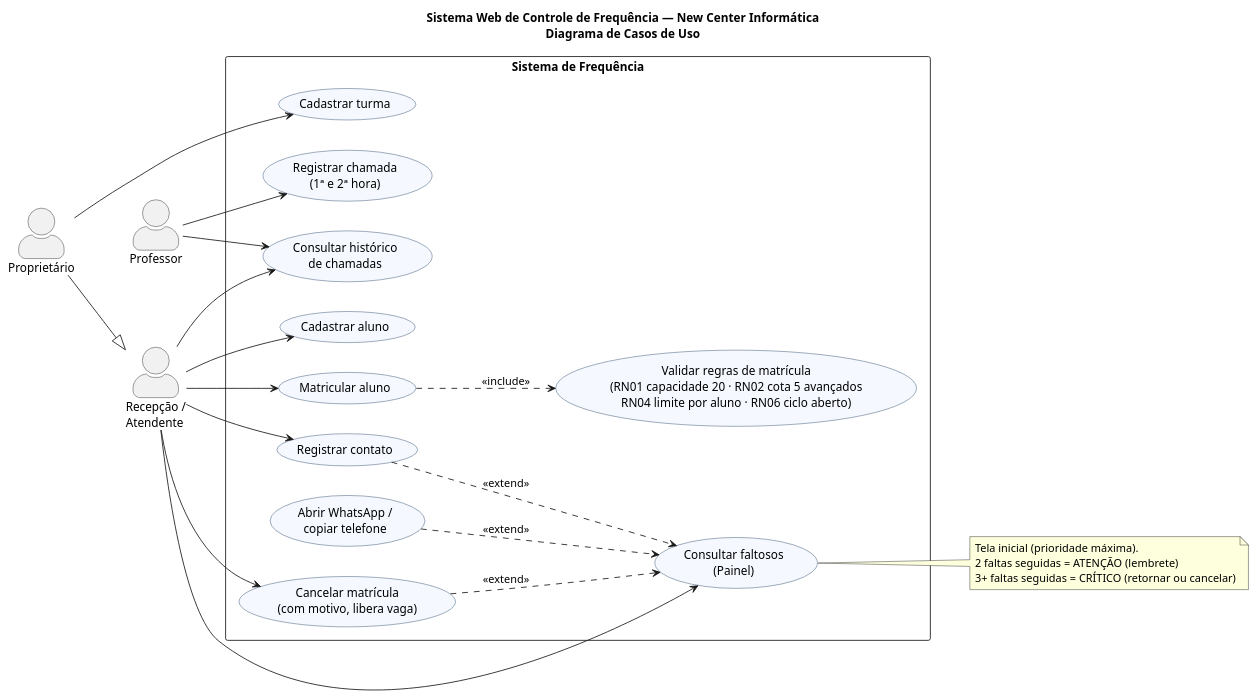
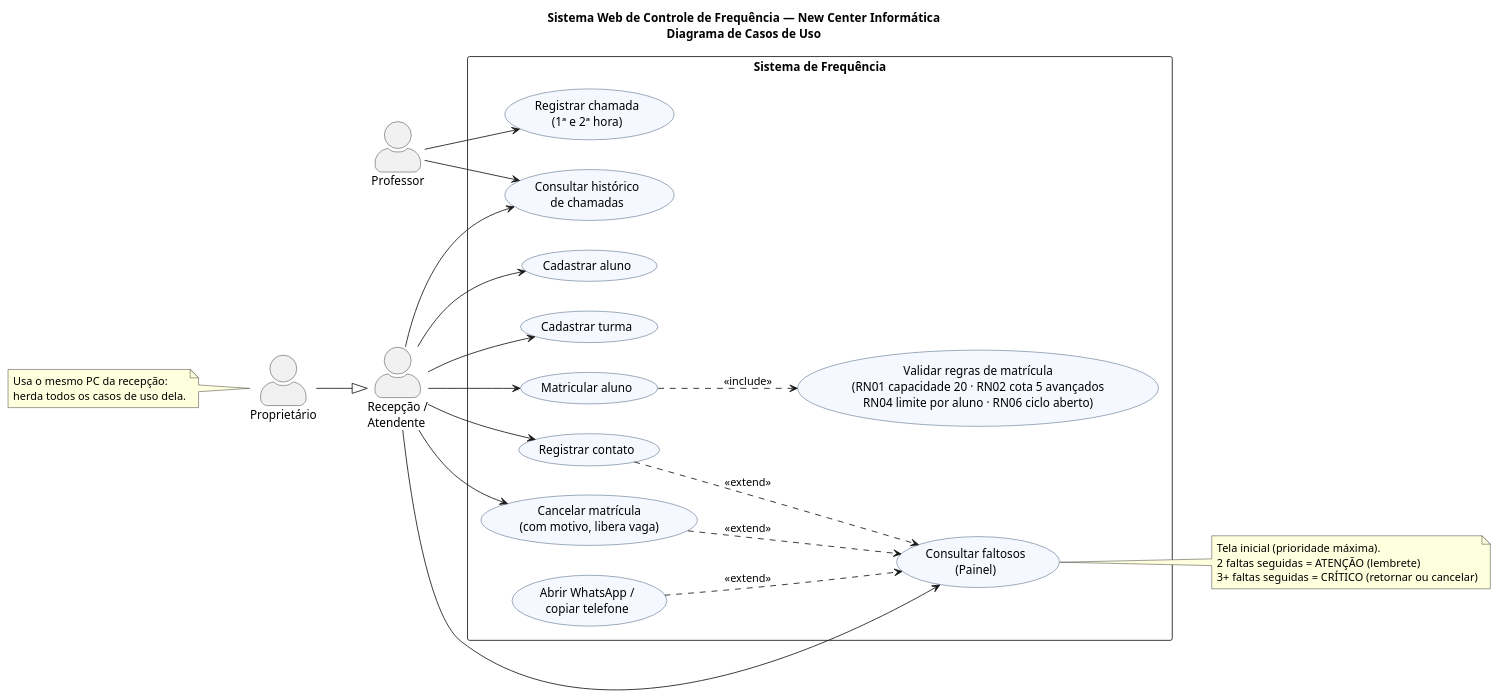
One commit to samoksss/ace-frequencia changed the diagram in docs/uml/casos-de-uso.puml. Above: the diagram before and after it, drawn with PlantUML. The commit also changed 4 other files, not shown here.

Commit message:
feat: chamada comeca com todos presentes; recepcao cadastra turma (decisoes da equipe)

```diff
--- a/docs/uml/casos-de-uso.puml
+++ b/docs/uml/casos-de-uso.puml
@@ -1,52 +1,56 @@
 @startuml casos-de-uso
 title Sistema Web de Controle de Frequência — New Center Informática\nDiagrama de Casos de Uso
 left to right direction
 skinparam actorStyle awesome
 skinparam packageStyle rectangle
 skinparam usecase {
   BackgroundColor #F5F9FF
   BorderColor #1E3A5F
 }
 
 actor "Recepção /\nAtendente" as Recepcao
 actor "Professor" as Professor
 actor "Proprietário" as Proprietario
 
 Proprietario --|> Recepcao
 
 rectangle "Sistema de Frequência" {
   usecase "Cadastrar aluno" as UC01
   usecase "Cadastrar turma" as UC02
   usecase "Matricular aluno" as UC03
   usecase "Validar regras de matrícula\n(RN01 capacidade 20 · RN02 cota 5 avançados\nRN04 limite por aluno · RN06 ciclo aberto)" as UC03a
   usecase "Cancelar matrícula\n(com motivo, libera vaga)" as UC04
   usecase "Registrar chamada\n(1ª e 2ª hora)" as UC05
   usecase "Consultar histórico\nde chamadas" as UC06
   usecase "Consultar faltosos\n(Painel)" as UC07
   usecase "Abrir WhatsApp /\ncopiar telefone" as UC07a
   usecase "Registrar contato" as UC08
 }
 
 Recepcao --> UC01
+Recepcao --> UC02
 Recepcao --> UC03
 Recepcao --> UC04
 Recepcao --> UC06
 Recepcao --> UC07
 Recepcao --> UC08
 
 Professor --> UC05
 Professor --> UC06
 
-Proprietario --> UC02
+note left of Proprietario
+  Usa o mesmo PC da recepção:
+  herda todos os casos de uso dela.
+end note
 
 UC03 ..> UC03a : <<include>>
 UC07a ..> UC07 : <<extend>>
 UC08 ..> UC07 : <<extend>>
 UC04 ..> UC07 : <<extend>>
 
 note right of UC07
   Tela inicial (prioridade máxima).
   2 faltas seguidas = ATENÇÃO (lembrete)
   3+ faltas seguidas = CRÍTICO (retornar ou cancelar)
 end note
 @enduml
```
